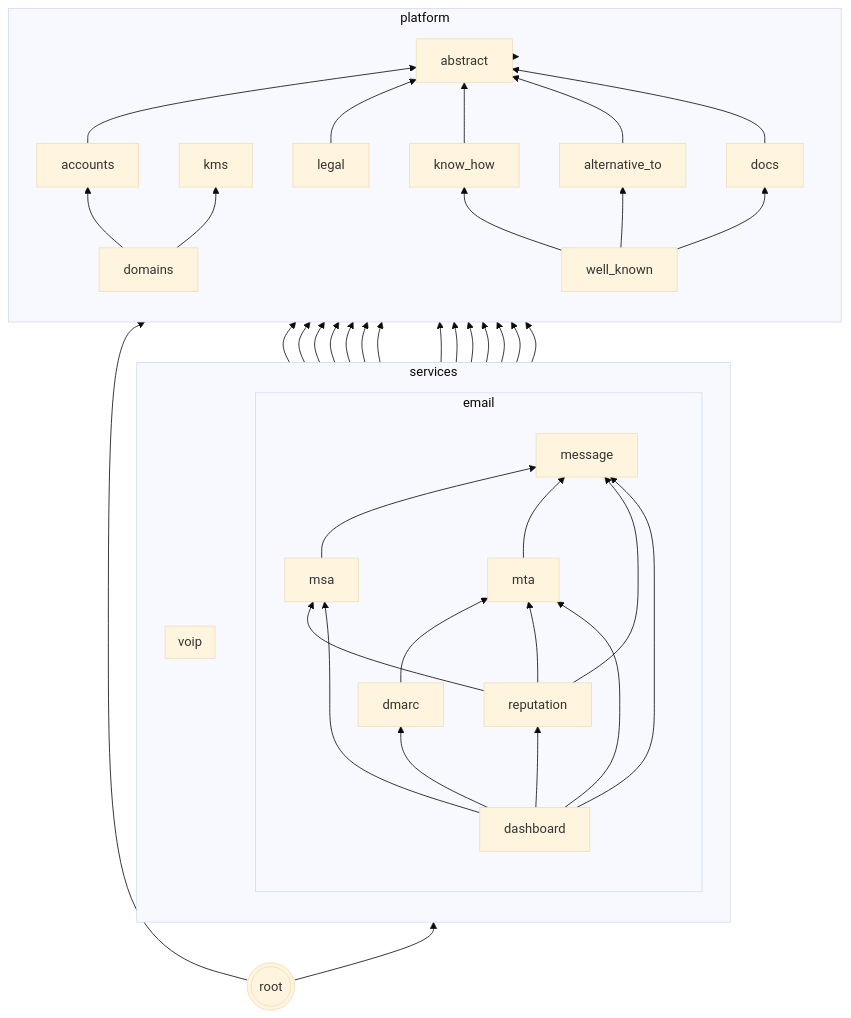
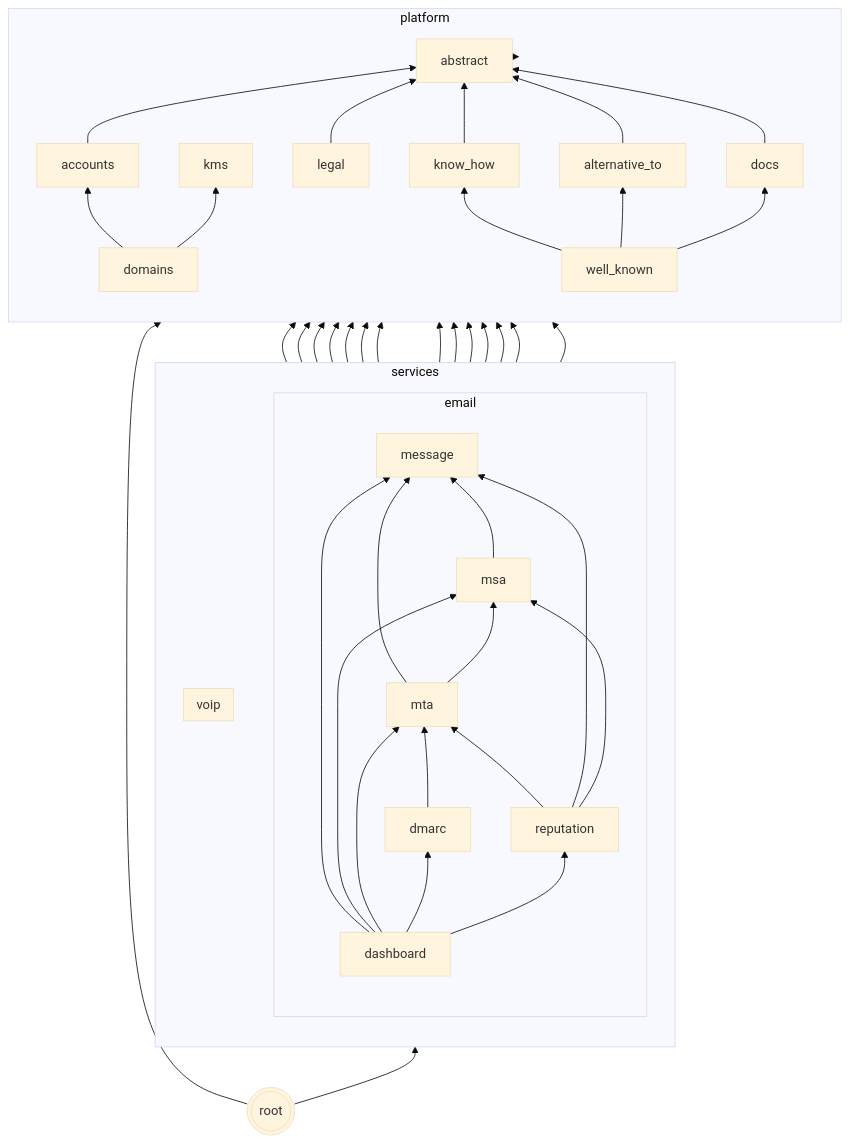
The second of 2 diagrams in README.md (codingjoe/relay), drawn with Mermaid (base theme) before and after one commit. The commit also changed other lines of this file and 12 other files, not shown here.

````diff
--- a/README.md
+++ b/README.md
@@ -276,69 +276,70 @@
 ```mermaid
 graph BT
  abstract[abstract];
  kms[kms];
  subgraph platform
  direction BT
  accounts
  domains
  know_how[know_how]
  alternative_to[alternative_to]
  docs
  legal
  well_known[well_known]
  domains --> accounts
  accounts --> abstract
  domains --> kms
  legal --> abstract
  know_how --> abstract
  alternative_to --> abstract
  docs --> abstract
  well_known --> know_how
  well_known --> alternative_to
  well_known --> docs
  end
  subgraph services
  direction BT
  subgraph email
  direction BT
  dashboard[dashboard]
  message[message]
  msa
  mta
  dmarc
  reputation
  message --> accounts
  message --> domains
  message --> kms
  msa --> message
  msa --> accounts
  msa --> domains
  msa --> kms
  mta --> message
+ mta --> msa
  mta --> accounts
  mta --> domains
  mta --> kms
  dmarc --> accounts
  dmarc --> domains
  dmarc --> mta
  reputation --> mta
  reputation --> message
  reputation --> domains
  reputation --> accounts
  reputation --> msa
  dashboard --> message
  dashboard --> msa
  dashboard --> mta
  dashboard --> dmarc
  dashboard --> reputation
  end
  subgraph voip
  direction BT
  end
  end
  services --> platform;
  platform --> abstract;
  root --> services;
  root --> platform;
  root(((root)))
 ```
````
